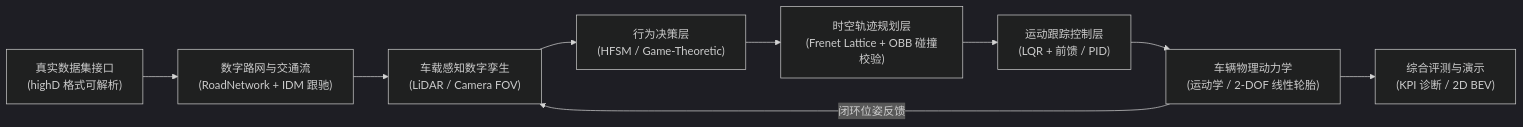
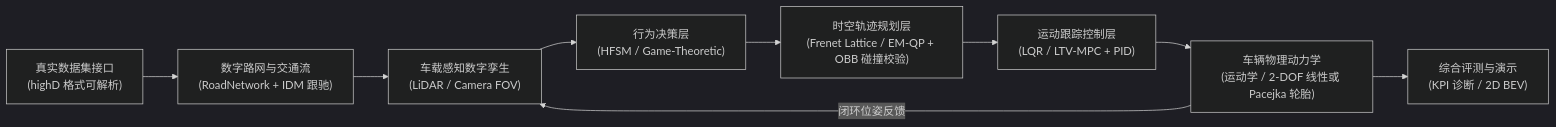
One commit to fwwwwjj/intelligent-vehicle-simulation changed the diagram in README.md. Above: the diagram before and after it, drawn with Mermaid (dark theme). The commit also changed other lines of this file and 28 other files, not shown here.

First line of the commit message:
feat: add QP-MPC, EM planner and Pacejka tire loop

````diff
--- a/README.md
+++ b/README.md
@@ -45,11 +45,11 @@
 ```mermaid
 flowchart LR
     A["真实数据集接口<br/>(highD 格式可解析)"] --> B["数字路网与交通流<br/>(RoadNetwork + IDM 跟驰)"]
     B --> C["车载感知数字孪生<br/>(LiDAR / Camera FOV)"]
     C --> D["行为决策层<br/>(HFSM / Game-Theoretic)"]
-    D --> E["时空轨迹规划层<br/>(Frenet Lattice + OBB 碰撞校验)"]
-    E --> F["运动跟踪控制层<br/>(LQR + 前馈 / PID)"]
-    F --> G["车辆物理动力学<br/>(运动学 / 2-DOF 线性轮胎)"]
+    D --> E["时空轨迹规划层<br/>(Frenet Lattice / EM-QP + OBB 碰撞校验)"]
+    E --> F["运动跟踪控制层<br/>(LQR / LTV-MPC + PID)"]
+    F --> G["车辆物理动力学<br/>(运动学 / 2-DOF 线性或 Pacejka 轮胎)"]
     G -->|闭环位姿反馈| C
     G --> H["综合评测与演示<br/>(KPI 诊断 / 2D BEV)"]
 ```
````
